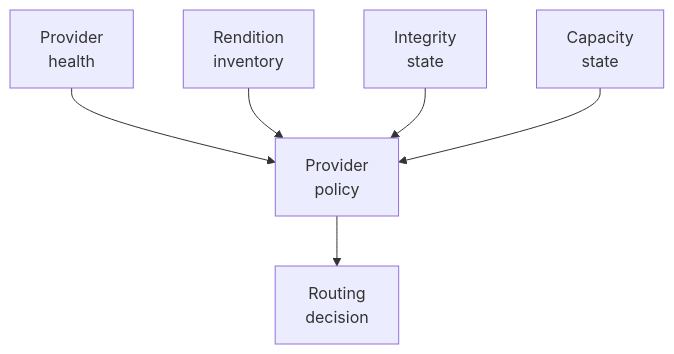
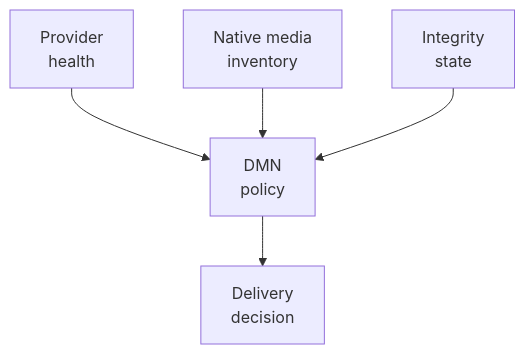
One commit to wilderruiz/millenova-project changed the second of 3 diagrams in docs/media/DISTRIBUTED_MEDIA_NODE.md. Above: the diagram before and after it, drawn with Mermaid. The commit also changed other lines of this file, not shown here.

Commit message:
docs: update DMN status and native-only routing boundary

````diff
--- a/docs/media/DISTRIBUTED_MEDIA_NODE.md
+++ b/docs/media/DISTRIBUTED_MEDIA_NODE.md
@@ -65,8 +66,7 @@
 ```mermaid
 flowchart TD
-    HEALTH["Provider<br/>health"] --> POLICY["Provider<br/>policy"]
-    INV["Rendition<br/>inventory"] --> POLICY
-    HASH["Integrity<br/>state"] --> POLICY
-    STORE["Capacity<br/>state"] --> POLICY
-    POLICY --> DECISION["Routing<br/>decision"]
+    HEALTH["Provider<br/>health"] --> POLICY["DMN<br/>policy"]
+    INV["Native media<br/>inventory"] --> POLICY
+    VERIFY["Integrity<br/>state"] --> POLICY
+    POLICY --> ROUTE["Delivery<br/>decision"]
 ```
````
